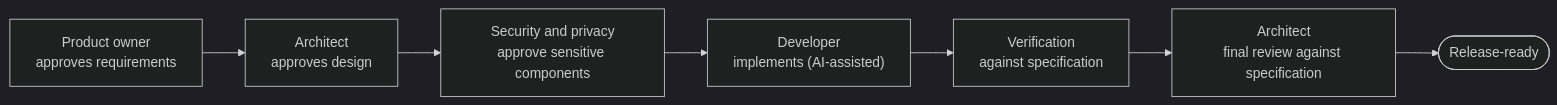
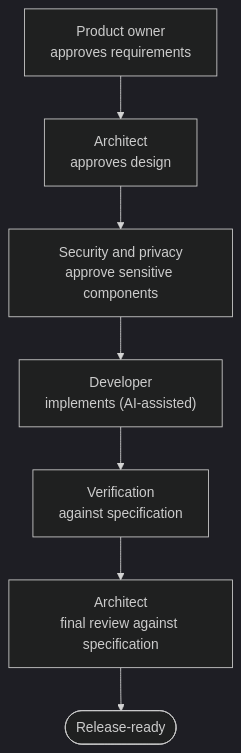
Before and after one commit to nishant-tamilselvan/enterprise-ai-framework: the diagram in docs/delivery/specification-driven-delivery.md, drawn with Mermaid (dark theme). The commit also changed 8 other files, not shown here.

First line of the commit message:
feat: zoomable Mermaid diagrams and link-check retries (#9)

````diff
--- a/docs/delivery/specification-driven-delivery.md
+++ b/docs/delivery/specification-driven-delivery.md
@@ -63,9 +63,9 @@
 ```mermaid
-flowchart LR
+flowchart TB
     PO["Product owner<br/>approves requirements"] --> ARCH["Architect<br/>approves design"]
     ARCH --> SEC["Security and privacy<br/>approve sensitive components"]
     SEC --> DEV["Developer<br/>implements (AI-assisted)"]
     DEV --> QA["Verification<br/>against specification"]
     QA --> REVIEW["Architect<br/>final review against specification"]
     REVIEW --> DONE(["Release-ready"])
 ```
````
